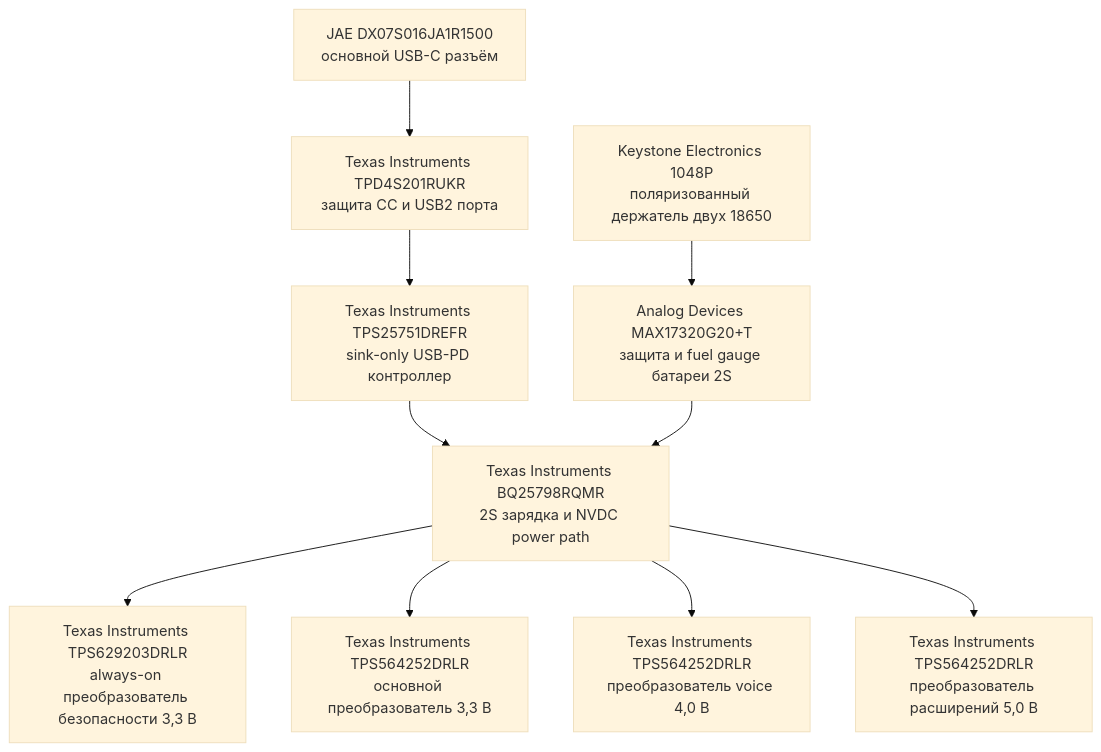
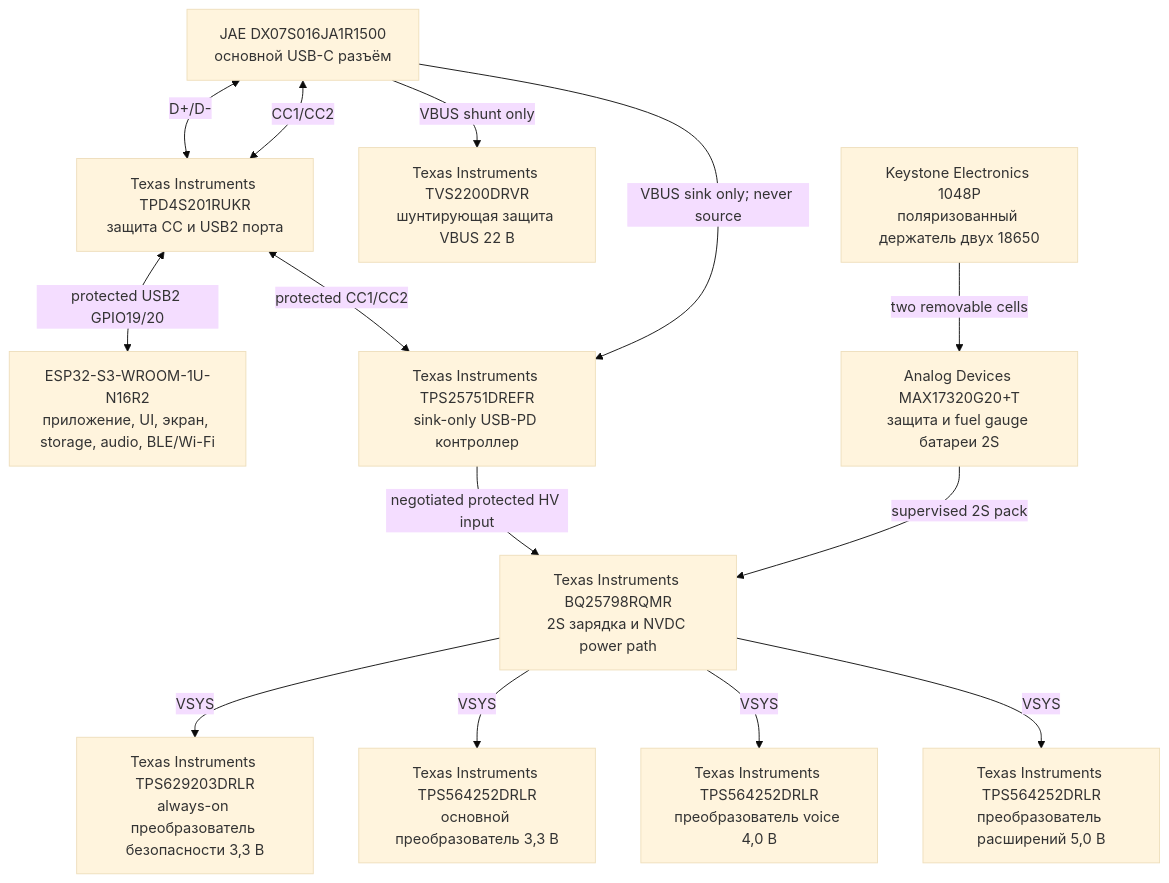
Before and after one commit to anton-vinogradov/esp32-leshy2: the fifth of 5 diagrams in README.ru.md, drawn with Mermaid (base theme). The commit also changed 18 other files, not shown here.

````diff
--- a/README.ru.md
+++ b/README.ru.md
@@ -255,19 +255,25 @@
 ```mermaid
 flowchart TD
 PRODUCT_USB_CONNECTOR["JAE DX07S016JA1R1500<br/>основной USB-C разъём"]
 PRODUCT_USB_PROTECTOR["Texas Instruments TPD4S201RUKR<br/>защита CC и USB2 порта"]
+S3["ESP32-S3-WROOM-1U-N16R2<br/>приложение, UI, экран, storage, audio, BLE/Wi-Fi"]
+PD_VBUS_TVS["Texas Instruments TVS2200DRVR<br/>шунтирующая защита VBUS 22 В"]
 PD_CONTROLLER["Texas Instruments TPS25751DREFR<br/>sink-only USB-PD контроллер"]
 NVDC_CHARGER["Texas Instruments BQ25798RQMR<br/>2S зарядка и NVDC power path"]
 PACK_HOLDER["Keystone Electronics 1048P<br/>поляризованный держатель двух 18650"]
 PACK_GAUGE["Analog Devices MAX17320G20+T<br/>защита и fuel gauge батареи 2S"]
 AON_BUCK["Texas Instruments TPS629203DRLR<br/>always-on преобразователь безопасности 3,3 В"]
 MAIN_BUCK["Texas Instruments TPS564252DRLR<br/>основной преобразователь 3,3 В"]
 VOICE_BUCK["Texas Instruments TPS564252DRLR<br/>преобразователь voice 4,0 В"]
 EXT_BUCK["Texas Instruments TPS564252DRLR<br/>преобразователь расширений 5,0 В"]
-  PRODUCT_USB_CONNECTOR --> PRODUCT_USB_PROTECTOR --> PD_CONTROLLER --> NVDC_CHARGER
-  PACK_HOLDER --> PACK_GAUGE --> NVDC_CHARGER
-  NVDC_CHARGER --> AON_BUCK
-  NVDC_CHARGER --> MAIN_BUCK
-  NVDC_CHARGER --> VOICE_BUCK
-  NVDC_CHARGER --> EXT_BUCK
+  PRODUCT_USB_CONNECTOR <-->|"D+/D-"| PRODUCT_USB_PROTECTOR <-->|"protected USB2 GPIO19/20"| S3
+  PRODUCT_USB_CONNECTOR <-->|"CC1/CC2"| PRODUCT_USB_PROTECTOR <-->|"protected CC1/CC2"| PD_CONTROLLER
+  PRODUCT_USB_CONNECTOR -->|"VBUS sink only; never source"| PD_CONTROLLER
+  PRODUCT_USB_CONNECTOR -->|"VBUS shunt only"| PD_VBUS_TVS
+  PD_CONTROLLER -->|"negotiated protected HV input"| NVDC_CHARGER
+  PACK_HOLDER -->|"two removable cells"| PACK_GAUGE -->|"supervised 2S pack"| NVDC_CHARGER
+  NVDC_CHARGER -->|"VSYS"| AON_BUCK
+  NVDC_CHARGER -->|"VSYS"| MAIN_BUCK
+  NVDC_CHARGER -->|"VSYS"| VOICE_BUCK
+  NVDC_CHARGER -->|"VSYS"| EXT_BUCK
 ```
````
